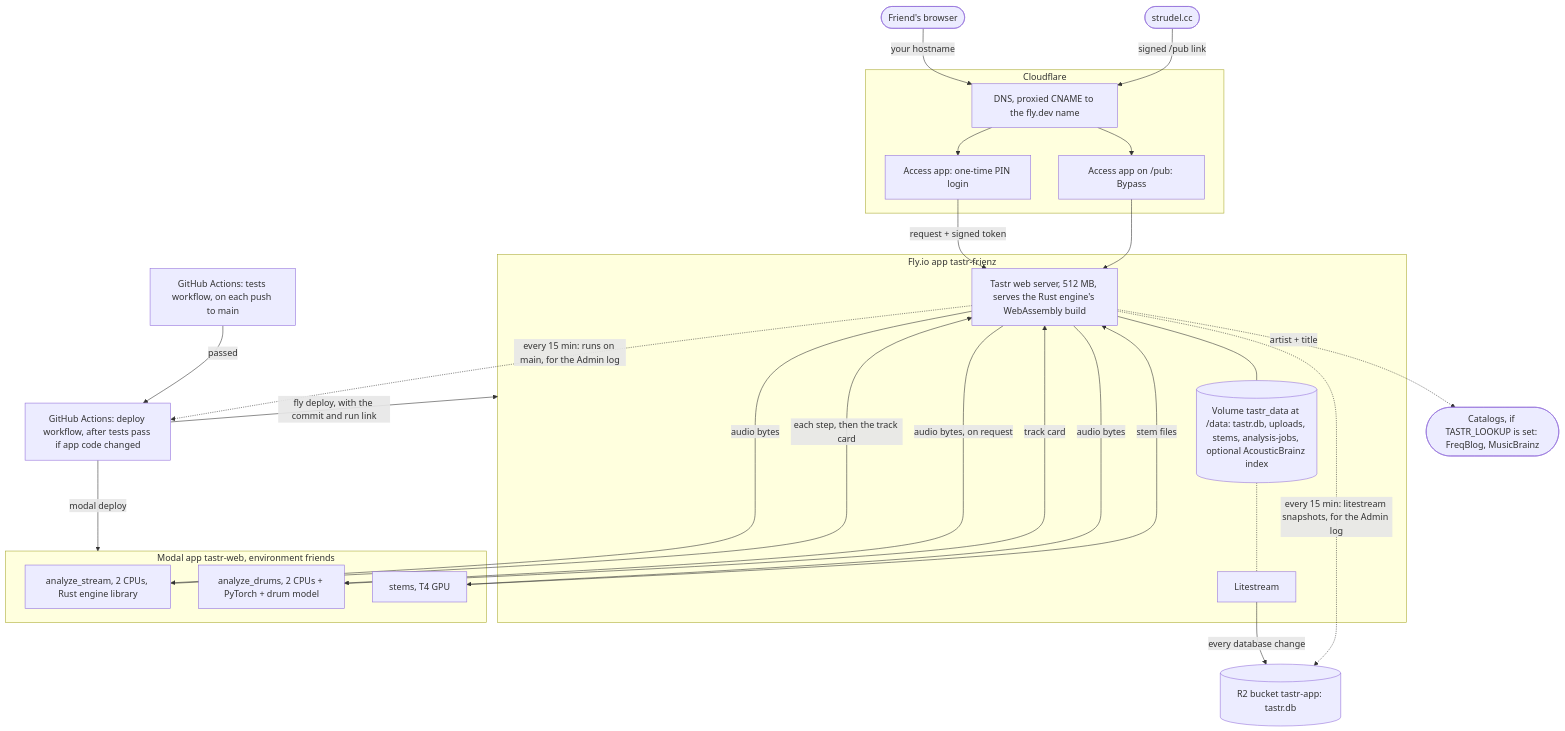
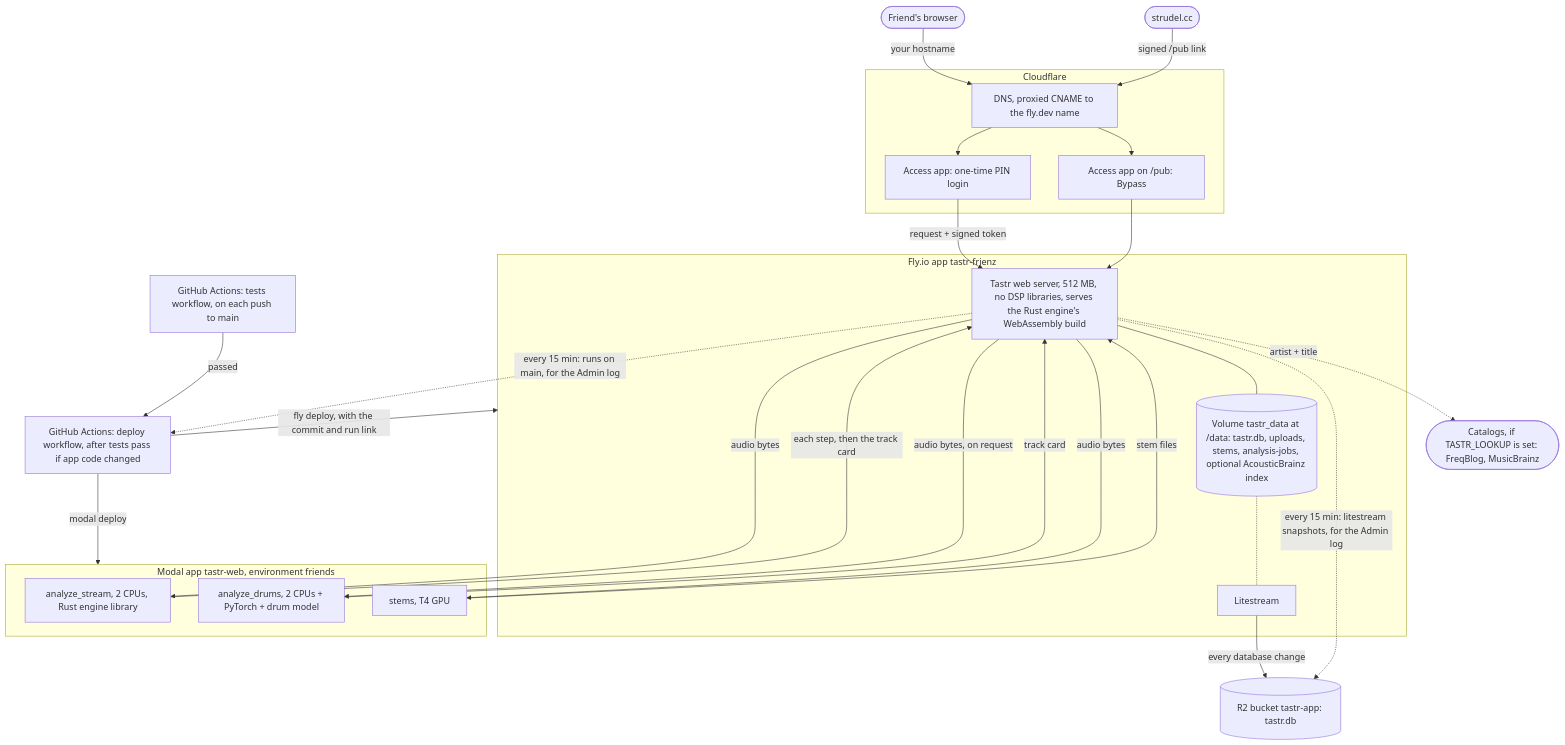
Before and after one commit to pocketIlmatto/tastr: the first of 2 diagrams in docs/hosting-map.md, drawn with Mermaid. The commit also changed other lines of this file and 9 other files, not shown here.

First line of the commit message:
Leave the DSP libraries out of the server image (TAS-47, part 3) (#78)

````diff
--- a/docs/hosting-map.md
+++ b/docs/hosting-map.md
@@ -25,39 +25,39 @@
 ```mermaid
 flowchart TB
   F([Friend's browser])
   S([strudel.cc])
   subgraph CF[Cloudflare]
     DNS[DNS, proxied CNAME to the fly.dev name]
     ACC[Access app: one-time PIN login]
     BYP[Access app on /pub: Bypass]
   end
   subgraph FLY[Fly.io app tastr-frienz]
-    WEB[Tastr web server, 512 MB, serves the Rust engine's WebAssembly build]
+    WEB[Tastr web server, 512 MB, no DSP libraries, serves the Rust engine's WebAssembly build]
     VOL[(Volume tastr_data at /data: tastr.db, uploads, stems, analysis-jobs, optional AcousticBrainz index)]
     LS[Litestream]
   end
   subgraph MOD[Modal app tastr-web, environment friends]
     AN[analyze_stream, 2 CPUs, Rust engine library]
     AD[analyze_drums, 2 CPUs + PyTorch + drum model]
     ST[stems, T4 GPU]
   end
   R2[(R2 bucket tastr-app: tastr.db)]
   GHT[GitHub Actions: tests workflow, on each push to main]
   GH[GitHub Actions: deploy workflow, after tests pass if app code changed]
   CAT([Catalogs, if TASTR_LOOKUP is set: FreqBlog, MusicBrainz])
 
   F -->|your hostname| DNS --> ACC -->|request + signed token| WEB
   S -->|signed /pub link| DNS --> BYP --> WEB
   WEB --- VOL
   VOL -.- LS
   LS -->|every database change| R2
   WEB -->|audio bytes| AN -->|each step, then the track card| WEB
   WEB -->|audio bytes, on request| AD -->|track card| WEB
   WEB -->|audio bytes| ST -->|stem files| WEB
   WEB -.->|artist + title| CAT
   GHT -->|passed| GH
   GH -->|modal deploy| MOD
   GH -->|fly deploy, with the commit and run link| FLY
   WEB -.->|every 15 min: runs on main, for the Admin log| GH
   WEB -.->|every 15 min: litestream snapshots, for the Admin log| R2
 ```
````
